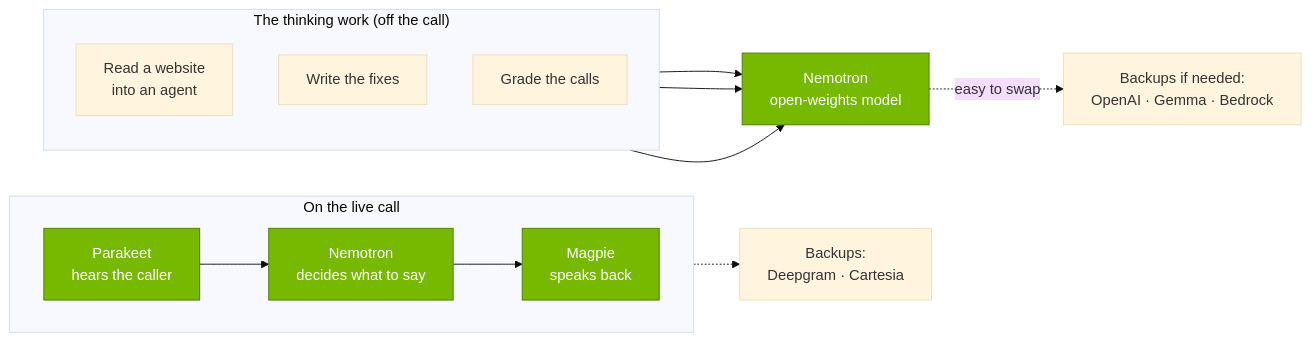
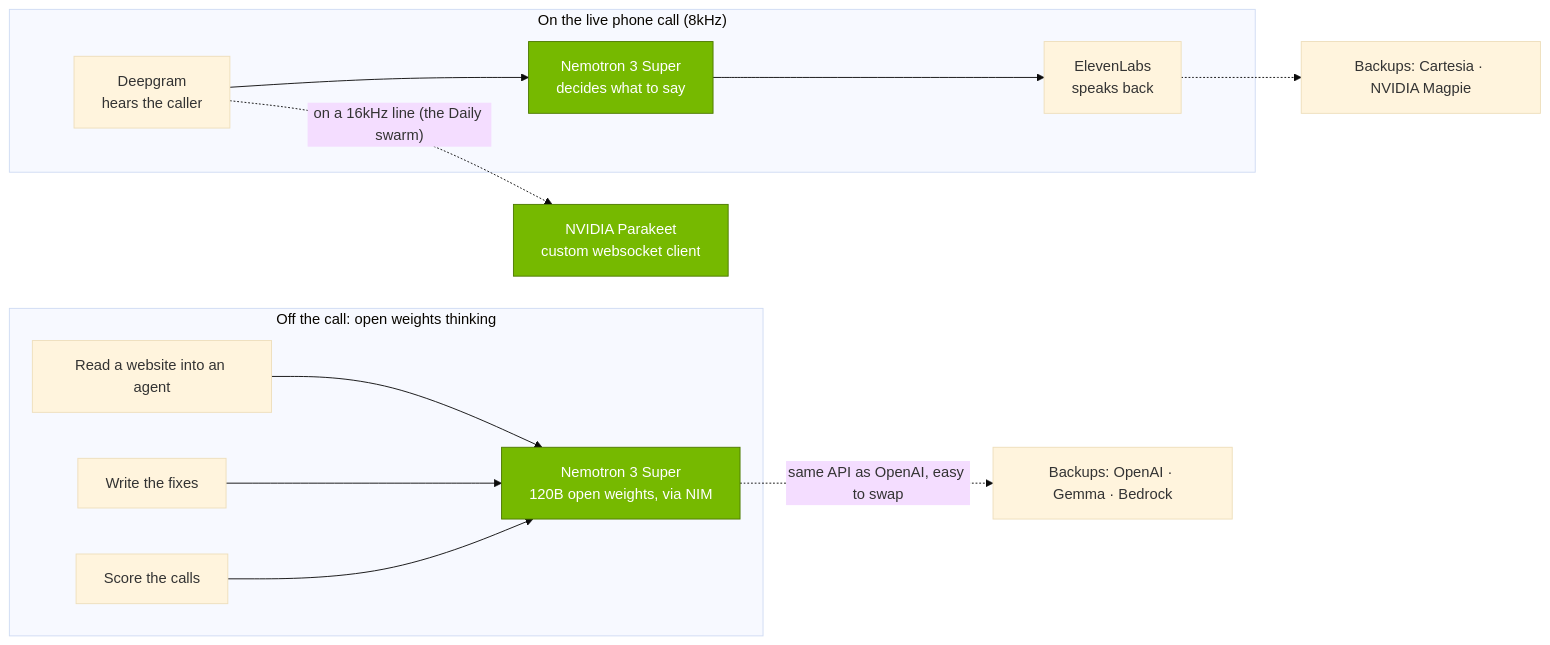
Before and after one commit to adityasingh2400/otto: the third of 3 diagrams in README.md, drawn with Mermaid (base theme). The commit also changed other lines of this file, not shown here.

First line of the commit message:
docs(readme): rewrite for judges — two-swarm Cekura framing, plain language, dash-free

````diff
--- a/README.md
+++ b/README.md
@@ -203,19 +209,15 @@
 ```mermaid
 flowchart LR
-  subgraph REASON["The thinking work (off the call)"]
-    direction TB
-    R1["Read a website<br/>into an agent"]
-    R2["Write the fixes"]
-    R3["Grade the calls"]
+  subgraph OFF["Off the call: open weights thinking"]
+    R1["Read a website into an agent"] --> NEM
+    R2["Write the fixes"] --> NEM
+    R3["Score the calls"] --> NEM["Nemotron 3 Super<br/>120B open weights, via NIM"]:::nv
   end
-  subgraph VOICE["On the live call"]
-    direction LR
-    V1["Parakeet<br/>hears the caller"]:::nv --> V2["Nemotron<br/>decides what to say"]:::nv --> V3["Magpie<br/>speaks back"]:::nv
+  subgraph ON["On the live phone call (8kHz)"]
+    V1["Deepgram<br/>hears the caller"] --> V2["Nemotron 3 Super<br/>decides what to say"]:::nv --> V3["ElevenLabs<br/>speaks back"]
   end
-  R1 --> NEM["Nemotron<br/>open-weights model"]:::nv
-  R2 --> NEM
-  R3 --> NEM
-  NEM -.->|"easy to swap"| ALT["Backups if needed:<br/>OpenAI · Gemma · Bedrock"]
-  V2 -.-> ALT2["Backups:<br/>Deepgram · Cartesia"]
-  classDef nv fill:#76b900,stroke:#4d7a00,color:#ffffff;
+  NEM -.->|"same API as OpenAI, easy to swap"| ALT["Backups: OpenAI · Gemma · Bedrock"]
+  V1 -.->|"on a 16kHz line (the Daily swarm)"| PK["NVIDIA Parakeet<br/>custom websocket client"]:::nv
+  V3 -.-> ALT2["Backups: Cartesia · NVIDIA Magpie"]
+  classDef nv fill:#76b900,stroke:#4d7a00,color:#fff;
 ```
````
